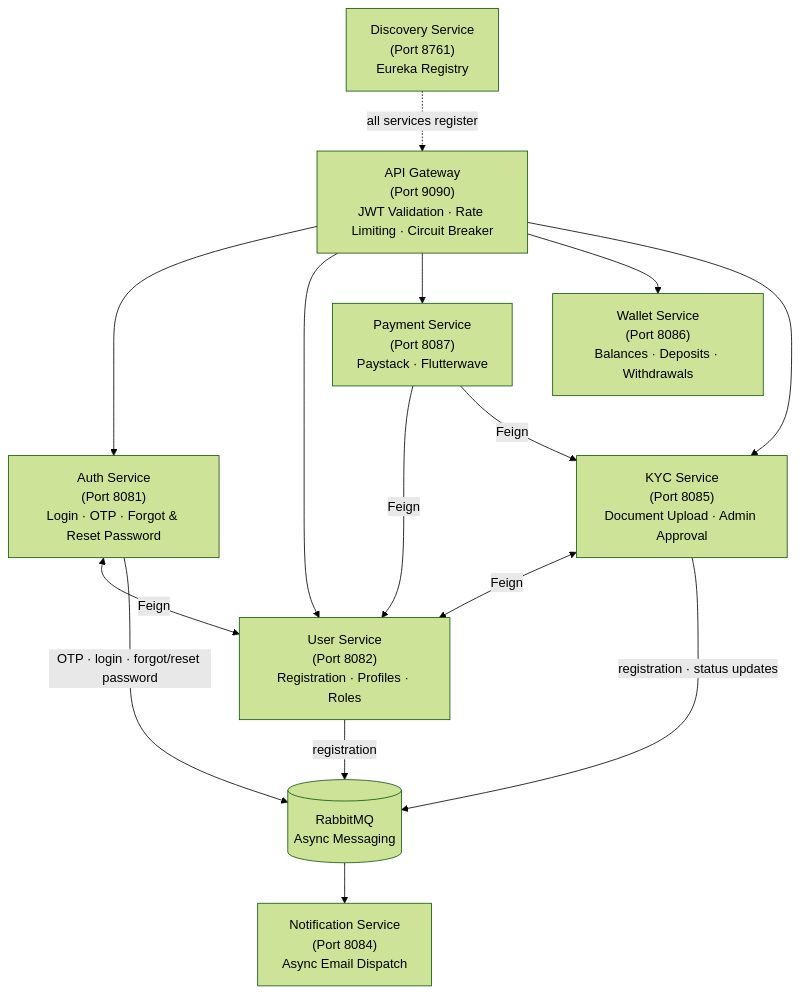
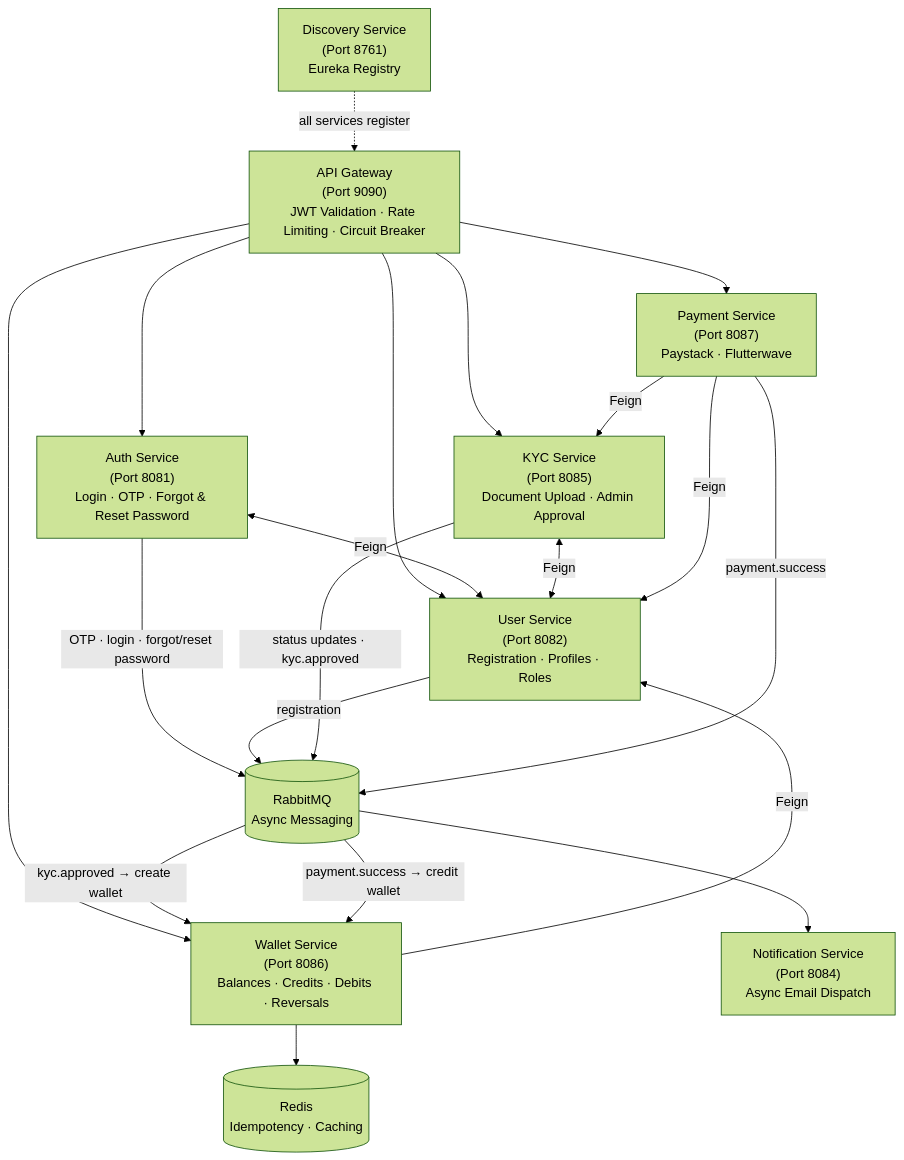
One commit to benard1991/gate-pay changed the diagram in README.md. Above: the diagram before and after it, drawn with Mermaid (forest theme). The commit also changed other lines of this file and 84 other files, not shown here.

Commit message:
Wallet service implemented successfully

````diff
--- a/README.md
+++ b/README.md
@@ -9,34 +15,41 @@
 ```mermaid
 flowchart TB
     DS["Discovery Service\n(Port 8761)\nEureka Registry"]
 
     GW["API Gateway\n(Port 9090)\nJWT Validation · Rate Limiting · Circuit Breaker"]
 
     AUTH["Auth Service\n(Port 8081)\nLogin · OTP · Forgot & Reset Password"]
     USER["User Service\n(Port 8082)\nRegistration · Profiles · Roles"]
     PAY["Payment Service\n(Port 8087)\nPaystack · Flutterwave"]
-    WALLET["Wallet Service\n(Port 8086)\nBalances · Deposits · Withdrawals"]
+    WALLET["Wallet Service\n(Port 8086)\nBalances · Credits · Debits · Reversals"]
     KYC["KYC Service\n(Port 8085)\nDocument Upload · Admin Approval"]
     NOTIFY["Notification Service\n(Port 8084)\nAsync Email Dispatch"]
 
     MQ[("RabbitMQ\nAsync Messaging")]
+    REDIS[("Redis\nIdempotency · Caching")]
 
     DS -.->|all services register| GW
 
     GW --> AUTH
     GW --> USER
     GW --> PAY
     GW --> WALLET
     GW --> KYC
 
     AUTH <-->|Feign| USER
     KYC <-->|Feign| USER
     PAY -->|Feign| USER
     PAY -->|Feign| KYC
+    WALLET -->|Feign| USER
 
     AUTH -->|"OTP · login · forgot/reset password"| MQ
     USER -->|registration| MQ
-    KYC -->|"registration · status updates"| MQ
+    KYC -->|"status updates · kyc.approved"| MQ
+    PAY -->|"payment.success"| MQ
 
     MQ --> NOTIFY
+    MQ -->|"kyc.approved → create wallet"| WALLET
+    MQ -->|"payment.success → credit wallet"| WALLET
+
+    WALLET --> REDIS
 ```
````
